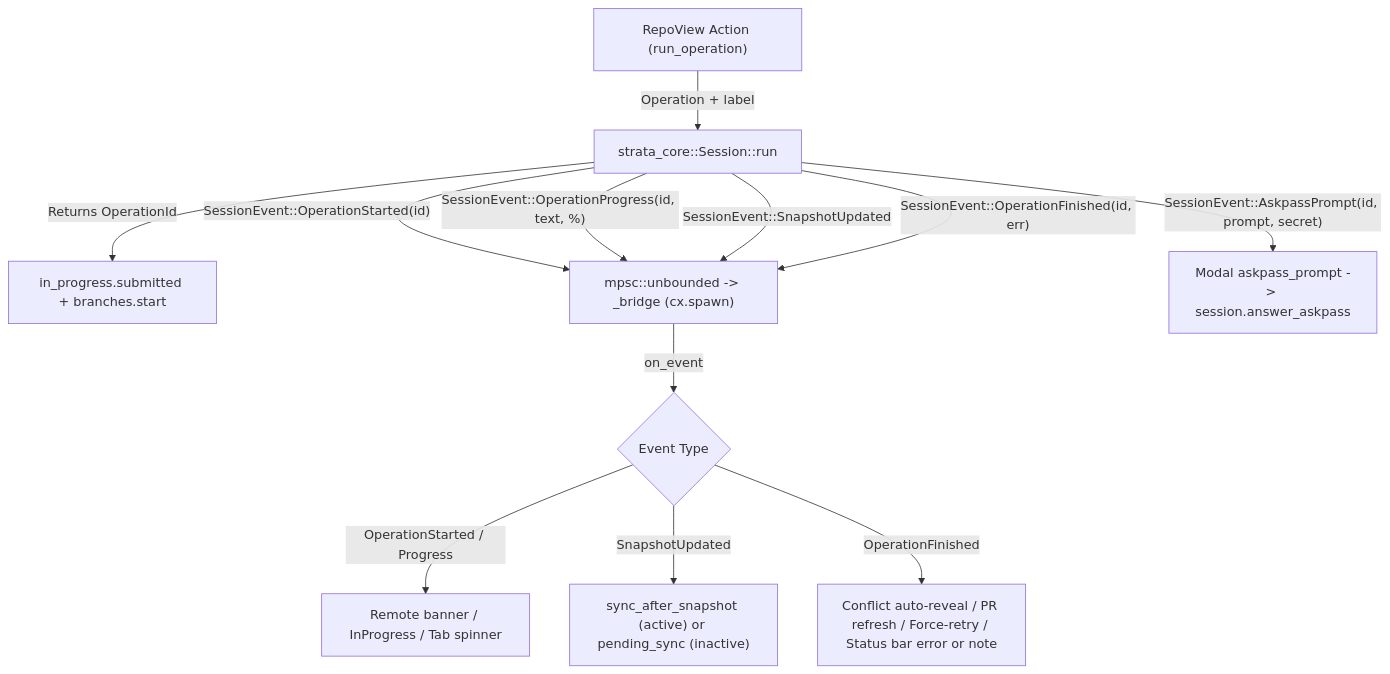
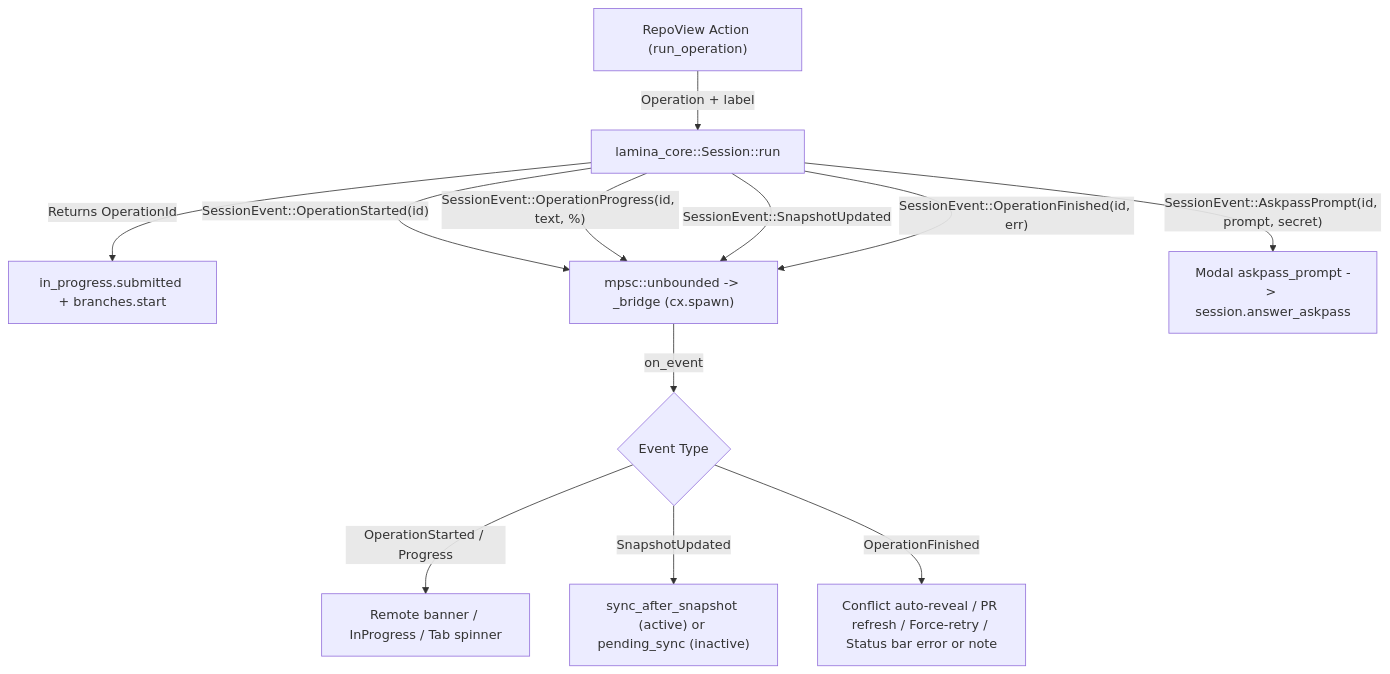
The first of 2 diagrams in docs/design/app.md (satotek/lamina), drawn with Mermaid before and after one commit. The commit also changed other lines of this file and 521 other files, not shown here.

First line of the commit message:
refactor!: rename the app from Strata to Lamina

````diff
--- a/docs/design/app.md
+++ b/docs/design/app.md
@@ -65,15 +65,15 @@
 ```mermaid
 flowchart TD
-    UI["RepoView Action (run_operation)"] -->|"Operation + label"| Sess["strata_core::Session::run"]
+    UI["RepoView Action (run_operation)"] -->|"Operation + label"| Sess["lamina_core::Session::run"]
     Sess -->|"Returns OperationId"| Track["in_progress.submitted + branches.start"]
     Sess -->|"SessionEvent::OperationStarted(id)"| Bridge["mpsc::unbounded -> _bridge (cx.spawn)"]
     Sess -->|"SessionEvent::AskpassPrompt(id, prompt, secret)"| Ask["Modal askpass_prompt -> session.answer_askpass"]
     Sess -->|"SessionEvent::OperationProgress(id, text, %)"| Bridge
     Sess -->|"SessionEvent::SnapshotUpdated"| Bridge
     Sess -->|"SessionEvent::OperationFinished(id, err)"| Bridge
 
     Bridge -->|"on_event"| Dispatch{"Event Type"}
     Dispatch -->|"OperationStarted / Progress"| BusyUI["Remote banner / InProgress / Tab spinner"]
     Dispatch -->|"SnapshotUpdated"| Sync["sync_after_snapshot (active) or pending_sync (inactive)"]
     Dispatch -->|"OperationFinished"| Finish["Conflict auto-reveal / PR refresh / Force-retry / Status bar error or note"]
 ```
````
